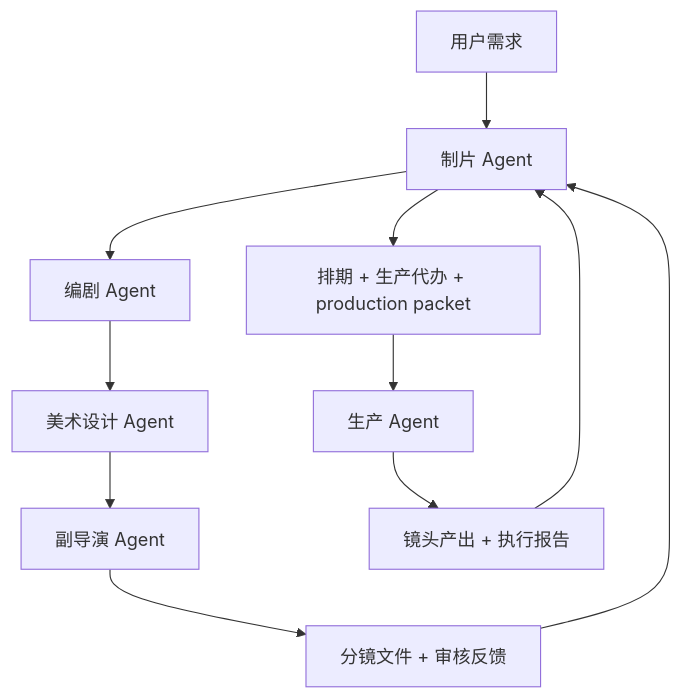
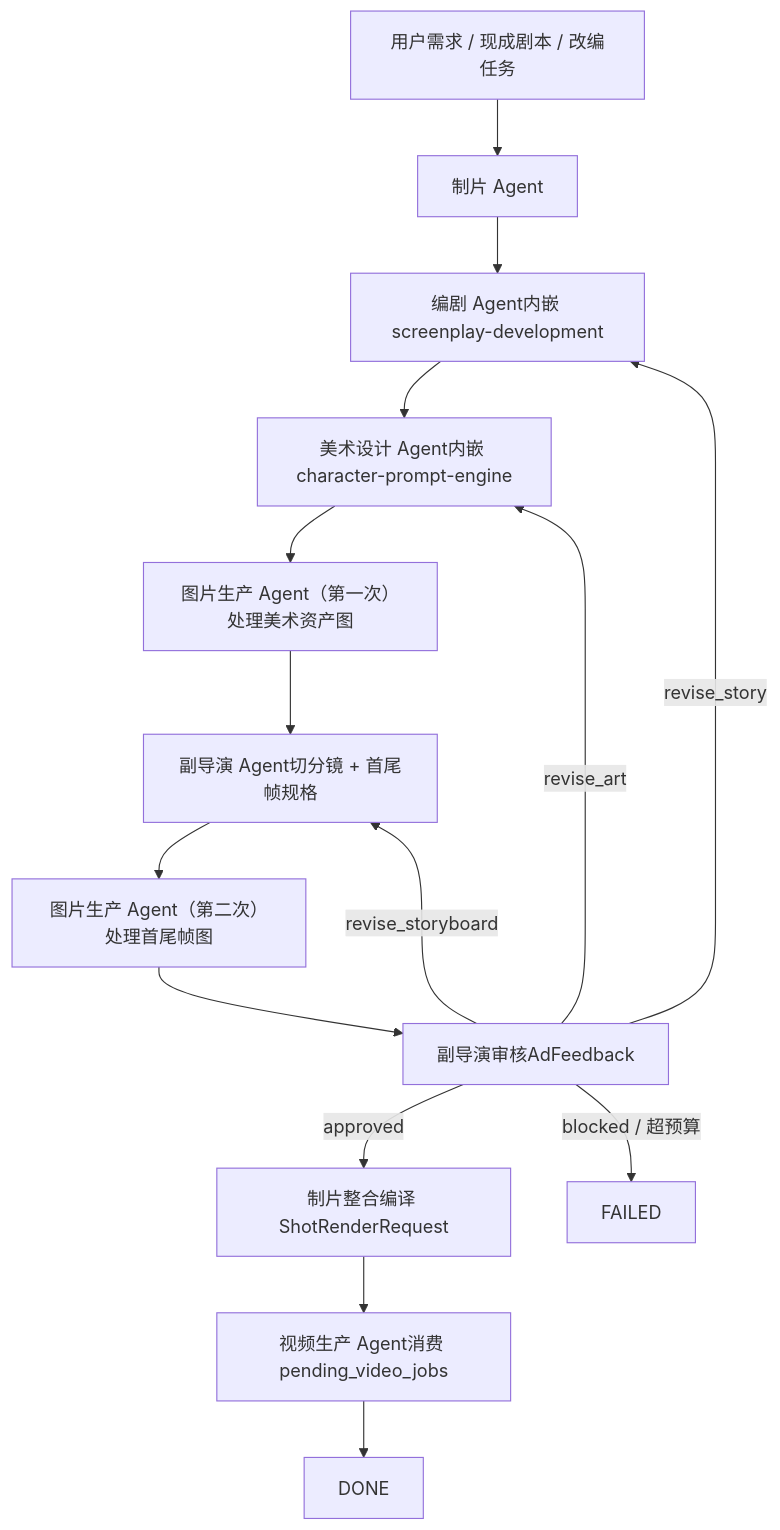
The diagram in docs/agent-system-prototype.md (Wei-zuo/ToonPrompt), drawn with Mermaid before and after one commit. The commit also changed other lines of this file and 5 other files, not shown here.

````diff
--- a/docs/agent-system-prototype.md
+++ b/docs/agent-system-prototype.md
@@ -19,13 +20,17 @@
 ```mermaid
 flowchart TD
-    A["用户需求"] --> B["制片 Agent"]
-    B --> C["编剧 Agent"]
-    C --> D["美术设计 Agent"]
-    D --> E["副导演 Agent"]
-    E --> F["分镜文件 + 审核反馈"]
-    F --> B
-    B --> G["排期 + 生产代办 + production packet"]
-    G --> H["生产 Agent"]
-    H --> I["镜头产出 + 执行报告"]
-    I --> B
+    A["用户需求 / 现成剧本 / 改编任务"] --> B["制片 Agent"]
+    B --> C["编剧 Agent内嵌 screenplay-development"]
+    C --> D["美术设计 Agent内嵌 character-prompt-engine"]
+    D --> E["图片生产 Agent（第一次）处理美术资产图"]
+    E --> F["副导演 Agent切分镜 + 首尾帧规格"]
+    F --> G["图片生产 Agent（第二次）处理首尾帧图"]
+    G --> H["副导演审核AdFeedback"]
+    H -->|approved| I["制片整合编译 ShotRenderRequest"]
+    H -->|revise_story| C
+    H -->|revise_art| D
+    H -->|revise_storyboard| F
+    H -->|blocked / 超预算| Z["FAILED"]
+    I --> J["视频生产 Agent消费 pending_video_jobs"]
+    J --> K["DONE"]
 ```
````
